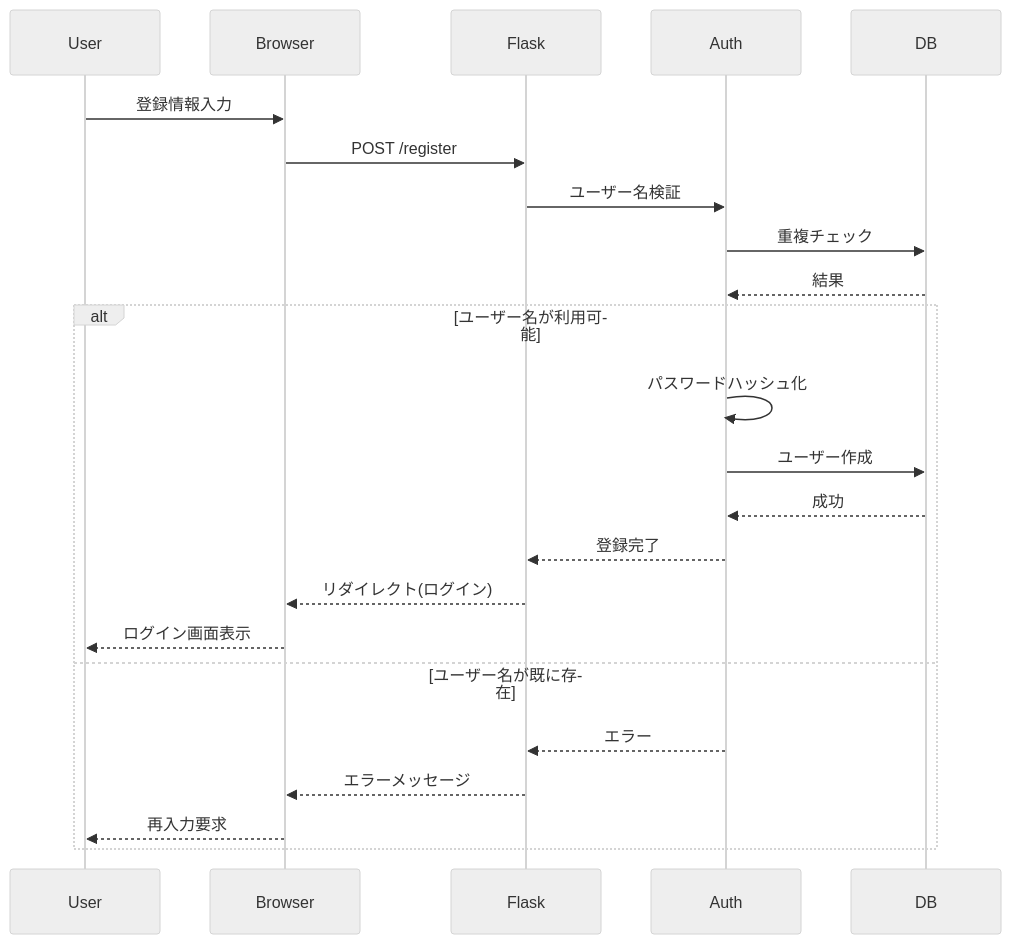
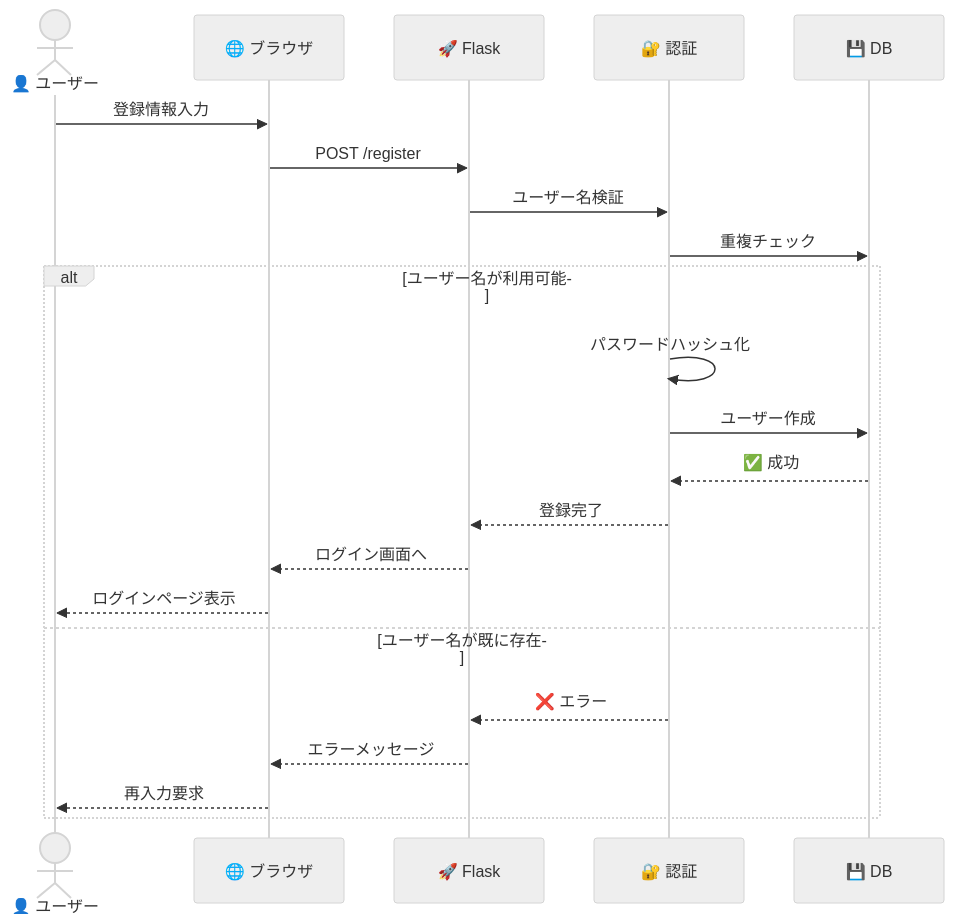
Before and after one commit to d01ki/FE-master: the fourth of 8 diagrams in docs/diagrams.md, drawn with Mermaid (neutral theme). The commit also changed other lines of this file, not shown here.

Commit message:
docs: Improve diagram readability with better text colors

````diff
--- a/docs/diagrams.md
+++ b/docs/diagrams.md
@@ -171,27 +158,26 @@
 ```mermaid
 sequenceDiagram
-    participant User
-    participant Browser
-    participant Flask
-    participant Auth
-    participant DB
+    actor User as 👤 ユーザー
+    participant Browser as 🌐 ブラウザ
+    participant Flask as 🚀 Flask
+    participant Auth as 🔐 認証
+    participant DB as 💾 DB
 
     User->>Browser: 登録情報入力
     Browser->>Flask: POST /register
     Flask->>Auth: ユーザー名検証
     Auth->>DB: 重複チェック
-    DB-->>Auth: 結果
     
     alt ユーザー名が利用可能
         Auth->>Auth: パスワードハッシュ化
         Auth->>DB: ユーザー作成
-        DB-->>Auth: 成功
+        DB-->>Auth: ✅ 成功
         Auth-->>Flask: 登録完了
-        Flask-->>Browser: リダイレクト(ログイン)
-        Browser-->>User: ログイン画面表示
+        Flask-->>Browser: ログイン画面へ
+        Browser-->>User: ログインページ表示
     else ユーザー名が既に存在
-        Auth-->>Flask: エラー
+        Auth-->>Flask: ❌ エラー
         Flask-->>Browser: エラーメッセージ
         Browser-->>User: 再入力要求
     end
 ```
````
